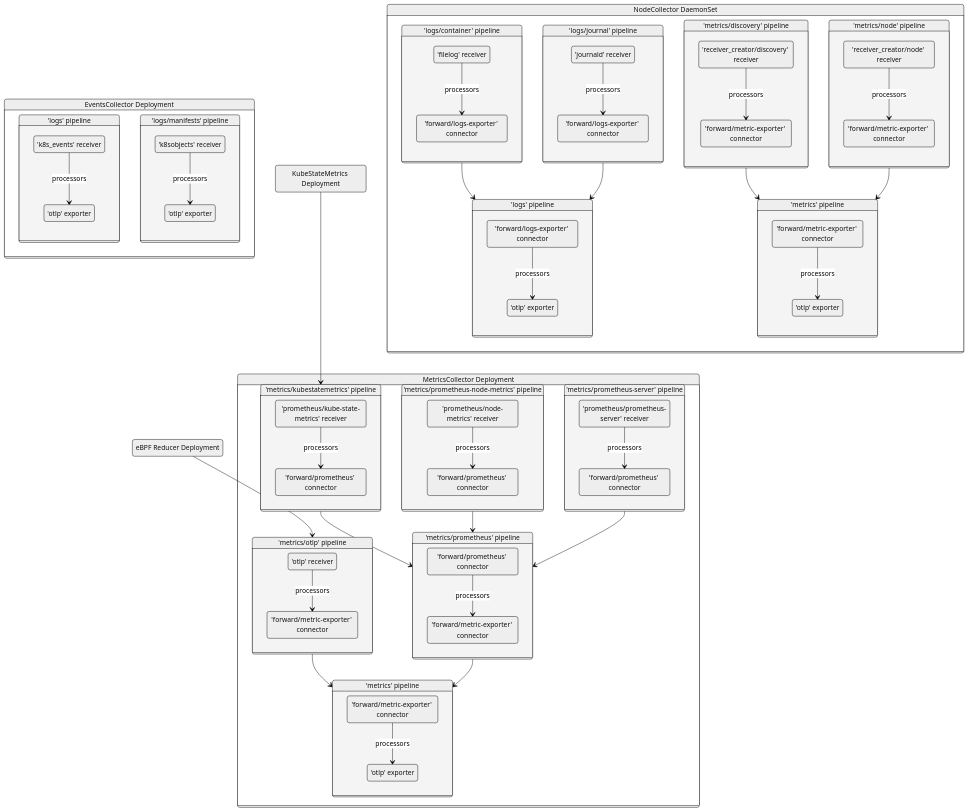
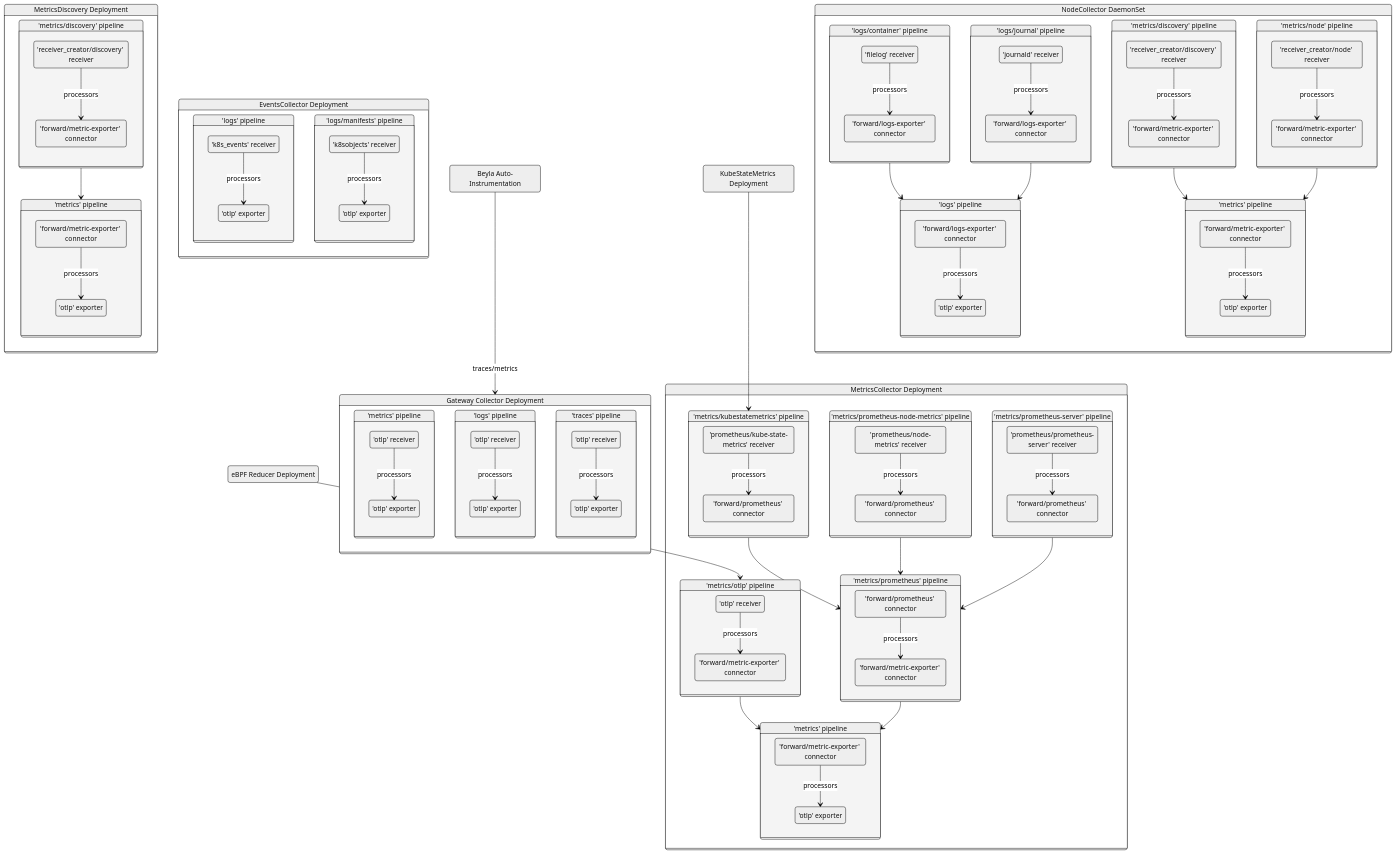
The diagram in doc/collectorPipeline.md (solarwinds/swi-k8s-opentelemetry-collector), drawn with Mermaid (neutral theme) before and after one commit. The commit also changed other lines of this file, not shown here.

Commit message:
Updating collector pipeline doc

```diff
--- a/doc/collectorPipeline.md
+++ b/doc/collectorPipeline.md
@@ -60,6 +60,25 @@
     mc_metricsPrometheusServerPipeline --> mc_metricsPrometheusPipeline
   }
 
+  metricsDiscoveryDeployment: MetricsDiscovery Deployment
+  state metricsDiscoveryDeployment {
+    md_metricsDiscoveryPipeline: 'metrics/discovery' pipeline
+    state md_metricsDiscoveryPipeline {
+      md_r1: 'receiver_creator/discovery' receiver
+      md_e1: 'forward/metric-exporter' connector
+      md_r1 --> md_e1 : processors
+    }
+
+    md_metricsPipeline: 'metrics' pipeline
+    state md_metricsPipeline {
+      md_r2: 'forward/metric-exporter' connector
+      md_e2: 'otlp' exporter
+      md_r2 --> md_e2 : processors
+    }
+
+    md_metricsDiscoveryPipeline --> md_metricsPipeline
+  }
+
   eventsCollectorDeployment: EventsCollector Deployment
   state eventsCollectorDeployment {
 
@@ -79,11 +98,37 @@
 
   }
 
+  gatewayCollectorDeployment: Gateway Collector Deployment
+  state gatewayCollectorDeployment {
+    gw_metricsPipeline: 'metrics' pipeline
+    state gw_metricsPipeline {
+      gw_mr: 'otlp' receiver
+      gw_me: 'otlp' exporter
+      gw_mr --> gw_me : processors
+    }
+
+    gw_logsPipeline: 'logs' pipeline
+    state gw_logsPipeline {
+      gw_lr: 'otlp' receiver
+      gw_le: 'otlp' exporter
+      gw_lr --> gw_le : processors
+    }
+
+    gw_tracesPipeline: 'traces' pipeline
+    state gw_tracesPipeline {
+      gw_tr: 'otlp' receiver
+      gw_te: 'otlp' exporter
+      gw_tr --> gw_te : processors
+    }
+  }
+
   kubestatemetricsDeployment: KubeStateMetrics Deployment
   ebpfreducerDeployment: eBPF Reducer Deployment
+  beylaComponent: Beyla Auto-Instrumentation
 
   kubestatemetricsDeployment --> mc_metricsKubestatemetricsPipeline
   ebpfreducerDeployment --> mc_metricsOtlpPipeline
+  beylaComponent --> gatewayCollectorDeployment : traces/metrics
 
   nodeCollectorDaemonset: NodeCollector DaemonSet
   state nodeCollectorDaemonset {
```
